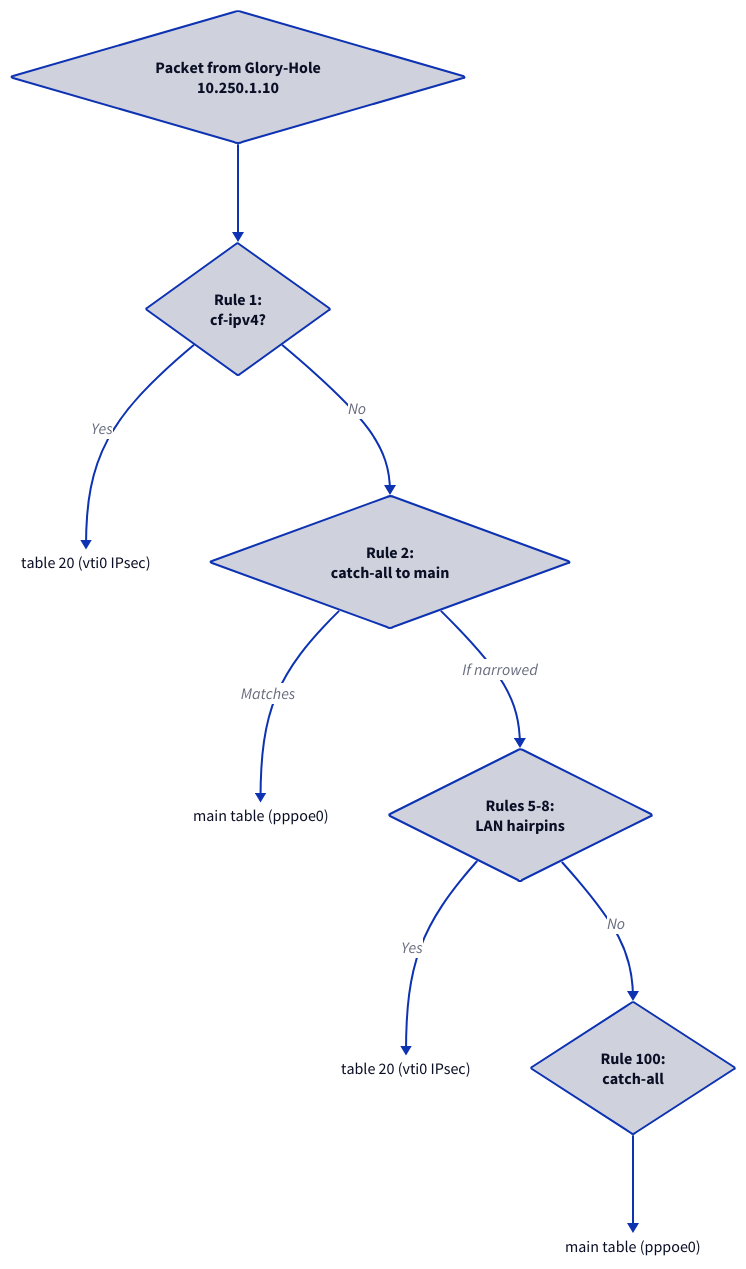
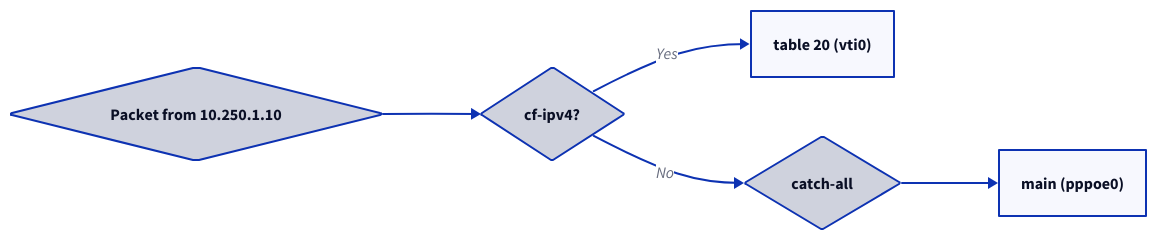
One commit to erfianugrah/lexicanum changed the second of 2 diagrams in src/content/docs/guides/vyos-dot.mdx. Above: the diagram before and after it, drawn with D2. The commit also changed other lines of this file and 4 other files, not shown here.

First line of the commit message:
docs: update GH Actions guide and optimize D2 diagram layouts

````diff
--- a/src/content/docs/guides/vyos-dot.mdx
+++ b/src/content/docs/guides/vyos-dot.mdx
@@ -274,67 +255,14 @@
 ```d2
-direction: down
+direction: right
 
-Start: |md
-  Packet from Glory-Hole
-  10.250.1.10
-| {
-  shape: diamond
-}
-
-Rule1: |md
-  Rule 1:
-  cf-ipv4?
-| {
-  shape: diamond
-}
-
-Table20A: |md
-  table 20
-  (vti0 IPsec)
-|
-
-Rule2: |md
-  Rule 2:
-  catch-all to main
-| {
-  shape: diamond
-}
-
-Main1: |md
-  main table
-  (pppoe0)
-|
-
-Hairpin: |md
-  Rules 5-8:
-  LAN hairpins
-| {
-  shape: diamond
-}
-
-Table20B: |md
-  table 20
-  (vti0 IPsec)
-|
-
-Rule100: |md
-  Rule 100:
-  catch-all
-| {
-  shape: diamond
-}
-
-Main2: |md
-  main table
-  (pppoe0)
-|
+Start: Packet from 10.250.1.10 {shape: diamond}
+Rule1: cf-ipv4? {shape: diamond}
+Table20: table 20 (vti0)
+Rule2: catch-all {shape: diamond}
+Main: main (pppoe0)
 
 Start -> Rule1
-Rule1 -> Table20A: Yes
+Rule1 -> Table20: Yes
 Rule1 -> Rule2: No
-Rule2 -> Main1: Matches
-Rule2 -> Hairpin: If narrowed
-Hairpin -> Table20B: Yes
-Hairpin -> Rule100: No
-Rule100 -> Main2
+Rule2 -> Main
 ```
````
